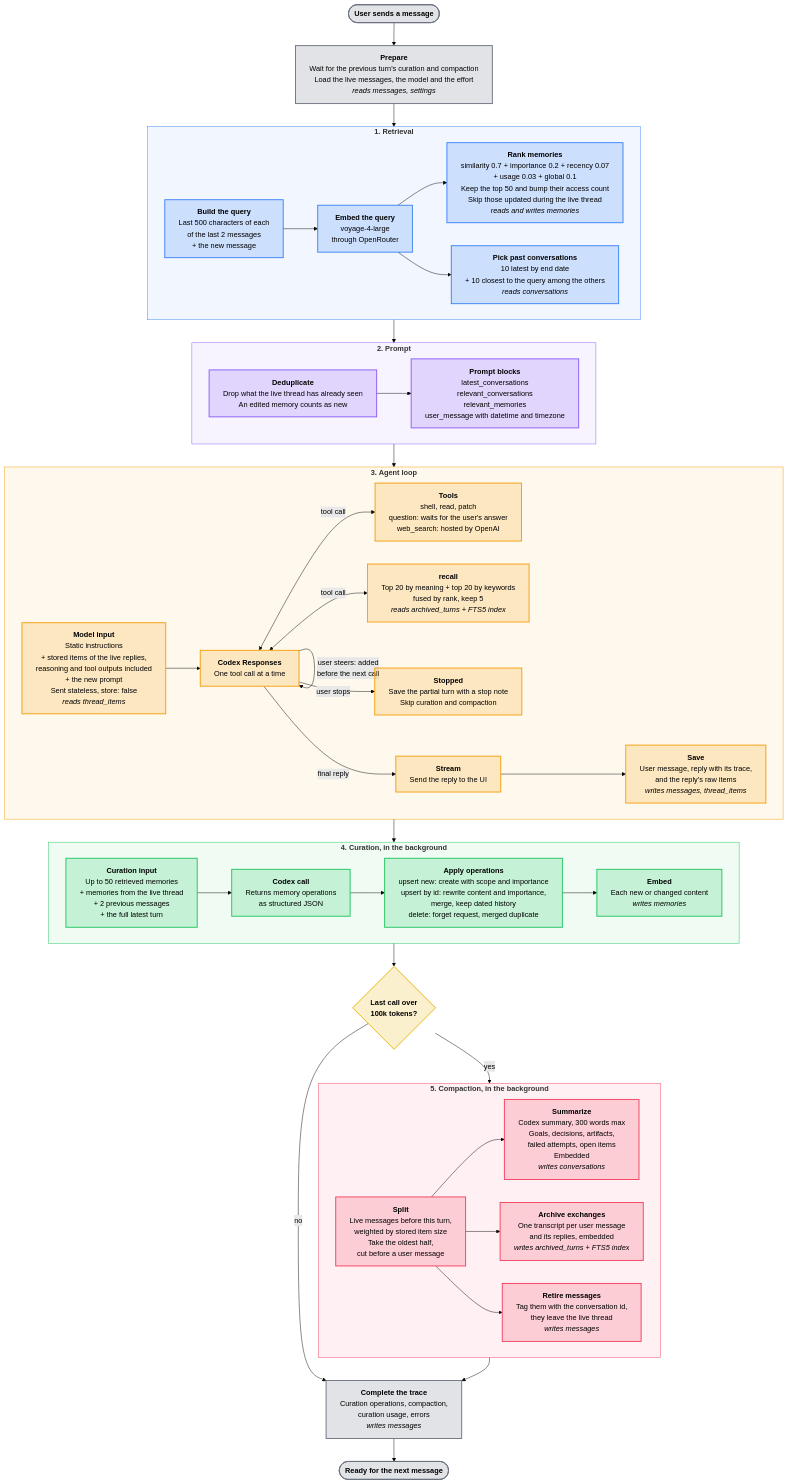
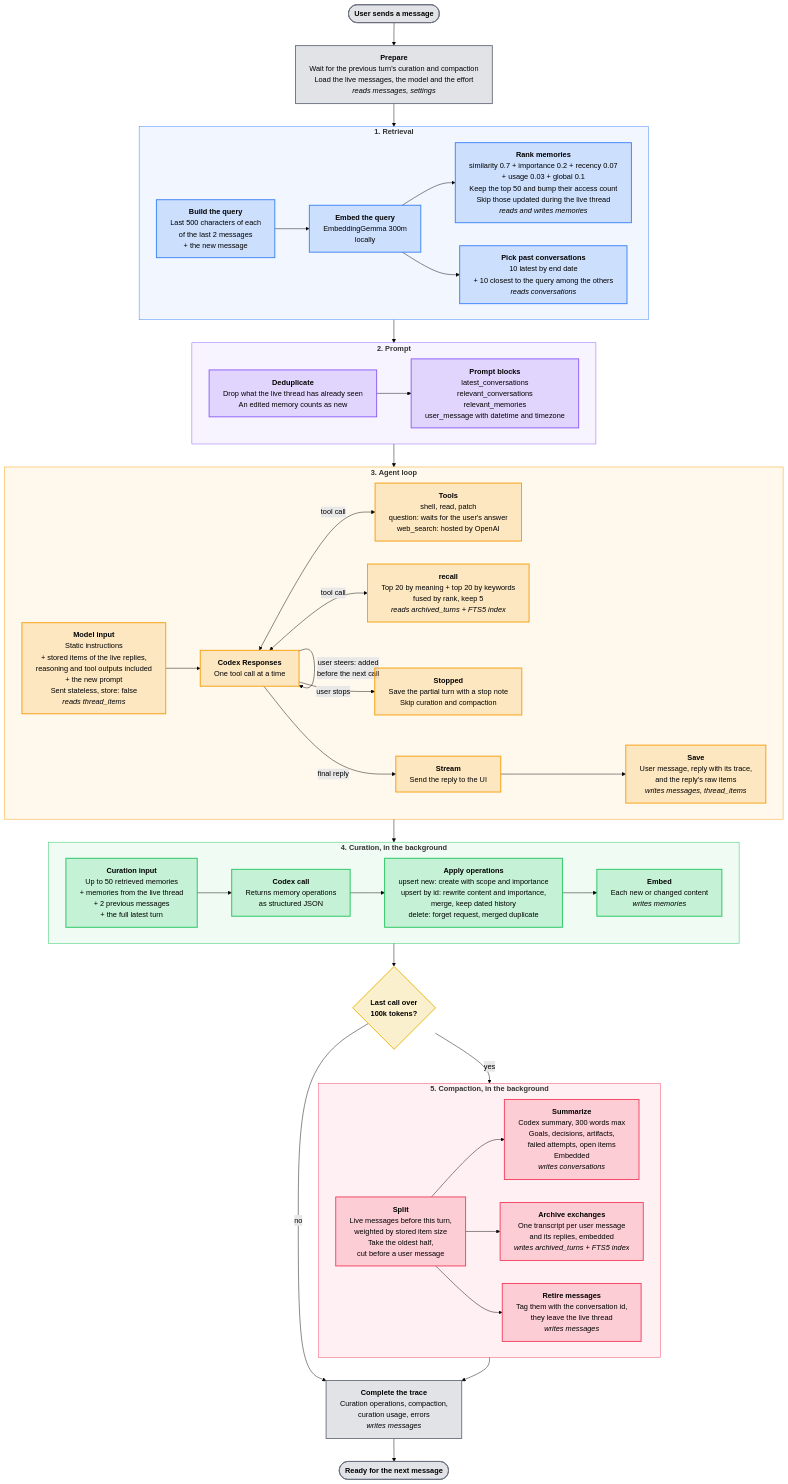
The diagram in docs/ARCHITECTURE.md (maty-millien/Memori), drawn with Mermaid (forest theme) before and after one commit. The commit also changed 7 other files, not shown here.

````diff
--- a/docs/ARCHITECTURE.md
+++ b/docs/ARCHITECTURE.md
@@ -5,82 +5,82 @@
 ```mermaid
 ---
 config:
   flowchart:
     wrappingWidth: 400
 ---
 flowchart TB
     start(["<b>User sends a message</b>"]) --> wait["<b>Prepare</b><br/>Wait for the previous turn's curation and compaction<br/>Load the live messages, the model and the effort<br/><i>reads messages, settings</i>"]
     wait --> retrieval
 
     subgraph retrieval ["<b>1. Retrieval</b>"]
         direction LR
-        query["<b>Build the query</b><br/>Last 500 characters of each<br/>of the last 2 messages<br/>+ the new message"] --> embedQuery["<b>Embed the query</b><br/>voyage-4-large<br/>through OpenRouter"]
+        query["<b>Build the query</b><br/>Last 500 characters of each<br/>of the last 2 messages<br/>+ the new message"] --> embedQuery["<b>Embed the query</b><br/>EmbeddingGemma 300m<br/>locally"]
         embedQuery --> rankMemories["<b>Rank memories</b><br/>similarity 0.7 + importance 0.2 + recency 0.07<br/>+ usage 0.03 + global 0.1<br/>Keep the top 50 and bump their access count<br/>Skip those updated during the live thread<br/><i>reads and writes memories</i>"]
         embedQuery --> pickConversations["<b>Pick past conversations</b><br/>10 latest by end date<br/>+ 10 closest to the query among the others<br/><i>reads conversations</i>"]
     end
 
     retrieval --> prompt
 
     subgraph prompt ["<b>2. Prompt</b>"]
         direction LR
         dedup["<b>Deduplicate</b><br/>Drop what the live thread has already seen<br/>An edited memory counts as new"] --> blocks["<b>Prompt blocks</b><br/>latest_conversations<br/>relevant_conversations<br/>relevant_memories<br/>user_message with datetime and timezone"]
     end
 
     prompt --> agent
 
     subgraph agent ["<b>3. Agent loop</b>"]
         direction LR
         input["<b>Model input</b><br/>Static instructions<br/>+ stored items of the live replies,<br/>reasoning and tool outputs included<br/>+ the new prompt<br/>Sent stateless, store: false<br/><i>reads thread_items</i>"] --> codex["<b>Codex Responses</b><br/>One tool call at a time"]
         codex <-->|tool call| tools["<b>Tools</b><br/>shell, read, patch<br/>question: waits for the user's answer<br/>web_search: hosted by OpenAI"]
         codex <-->|tool call| recall["<b>recall</b><br/>Top 20 by meaning + top 20 by keywords<br/>fused by rank, keep 5<br/><i>reads archived_turns + FTS5 index</i>"]
         codex -->|user steers: added<br/>before the next call| codex
         codex -->|user stops| stopped["<b>Stopped</b><br/>Save the partial turn with a stop note<br/>Skip curation and compaction"]
         codex -->|final reply| stream["<b>Stream</b><br/>Send the reply to the UI"]
         stream --> save["<b>Save</b><br/>User message, reply with its trace,<br/>and the reply's raw items<br/><i>writes messages, thread_items</i>"]
     end
 
     agent --> curation
 
     subgraph curation ["<b>4. Curation, in the background</b>"]
         direction LR
         curationInput["<b>Curation input</b><br/>Up to 50 retrieved memories<br/>+ memories from the live thread<br/>+ 2 previous messages<br/>+ the full latest turn"] --> curationCall["<b>Codex call</b><br/>Returns memory operations<br/>as structured JSON"]
         curationCall --> operations["<b>Apply operations</b><br/>upsert new: create with scope and importance<br/>upsert by id: rewrite content and importance,<br/>merge, keep dated history<br/>delete: forget request, merged duplicate"]
         operations --> embedMemory["<b>Embed</b><br/>Each new or changed content<br/><i>writes memories</i>"]
     end
 
     curation --> overflow{"<b>Last call over<br/>100k tokens?</b>"}
     overflow -->|no| trace
     overflow -->|yes| compaction
 
     subgraph compaction ["<b>5. Compaction, in the background</b>"]
         direction LR
         oldest["<b>Split</b><br/>Live messages before this turn,<br/>weighted by stored item size<br/>Take the oldest half,<br/>cut before a user message"] --> summarize["<b>Summarize</b><br/>Codex summary, 300 words max<br/>Goals, decisions, artifacts,<br/>failed attempts, open items<br/>Embedded<br/><i>writes conversations</i>"]
         oldest --> turns["<b>Archive exchanges</b><br/>One transcript per user message<br/>and its replies, embedded<br/><i>writes archived_turns + FTS5 index</i>"]
         oldest --> assign["<b>Retire messages</b><br/>Tag them with the conversation id,<br/>they leave the live thread<br/><i>writes messages</i>"]
     end
 
     compaction --> trace["<b>Complete the trace</b><br/>Curation operations, compaction,<br/>curation usage, errors<br/><i>writes messages</i>"]
     trace --> next(["<b>Ready for the next message</b>"])
 
     classDef endpoint fill:#6b728033,stroke:#6b7280,stroke-width:2px
     classDef retrievalNode fill:#3b82f633,stroke:#3b82f6,stroke-width:2px
     classDef promptNode fill:#8b5cf633,stroke:#8b5cf6,stroke-width:2px
     classDef agentNode fill:#f59e0b33,stroke:#f59e0b,stroke-width:2px
     classDef curationNode fill:#22c55e33,stroke:#22c55e,stroke-width:2px
     classDef compactionNode fill:#f43f5e33,stroke:#f43f5e,stroke-width:2px
     classDef decision fill:#eab30833,stroke:#eab308,stroke-width:2px
 
     class start,wait,trace,next endpoint
     class query,embedQuery,rankMemories,pickConversations retrievalNode
     class dedup,blocks promptNode
     class input,codex,tools,recall,stopped,stream,save agentNode
     class curationInput,curationCall,operations,embedMemory curationNode
     class oldest,summarize,turns,assign compactionNode
     class overflow decision
 
     style retrieval fill:#3b82f612,stroke:#3b82f6
     style prompt fill:#8b5cf612,stroke:#8b5cf6
     style agent fill:#f59e0b12,stroke:#f59e0b
     style curation fill:#22c55e12,stroke:#22c55e
     style compaction fill:#f43f5e12,stroke:#f43f5e
 ```
````
